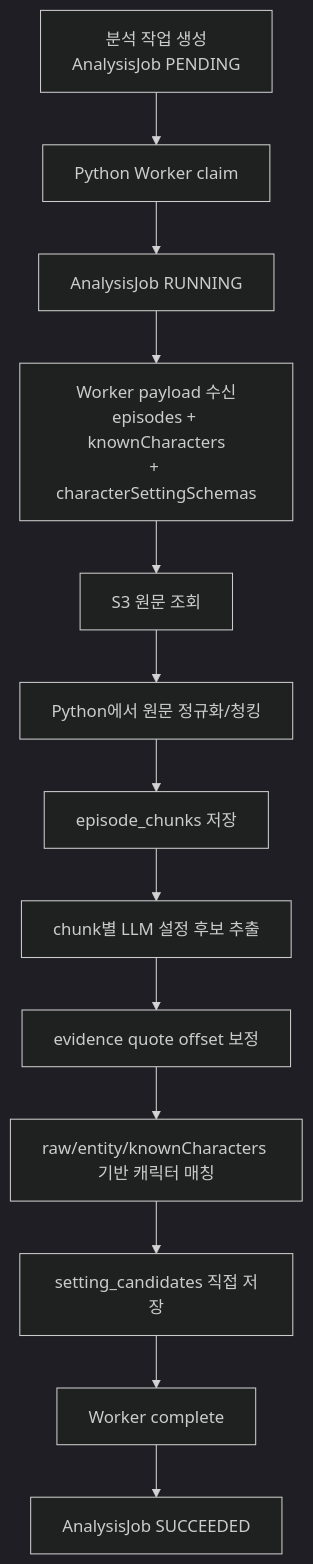
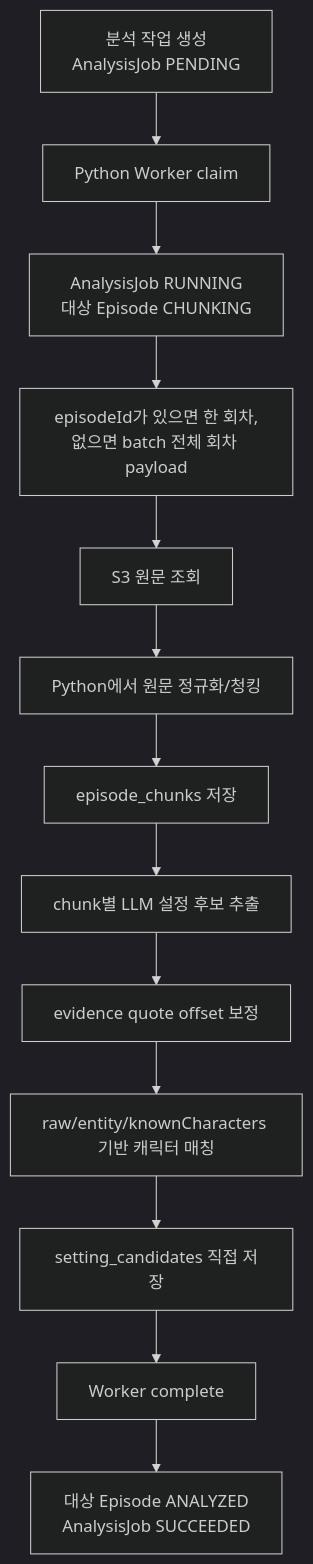
Before and after one commit to catchhole-soma/catchhole-backend-java: the second of 10 diagrams in docs/analysis-workflow.md, drawn with Mermaid (dark theme). The commit also changed other lines of this file and 9 other files, not shown here.

````diff
--- a/docs/analysis-workflow.md
+++ b/docs/analysis-workflow.md
@@ -27,15 +32,15 @@
 ```mermaid
 flowchart TD
     A["분석 작업 생성<br/>AnalysisJob PENDING"] --> B["Python Worker claim"]
-    B --> C["AnalysisJob RUNNING"]
-    C --> D["Worker payload 수신<br/>episodes + knownCharacters<br/>+ characterSettingSchemas"]
+    B --> C["AnalysisJob RUNNING<br/>대상 Episode CHUNKING"]
+    C --> D["episodeId가 있으면 한 회차,<br/>없으면 batch 전체 회차 payload"]
     D --> E["S3 원문 조회"]
     E --> F["Python에서 원문 정규화/청킹"]
     F --> G["episode_chunks 저장"]
     G --> H["chunk별 LLM 설정 후보 추출"]
     H --> I["evidence quote offset 보정"]
     I --> J["raw/entity/knownCharacters 기반 캐릭터 매칭"]
     J --> K["setting_candidates 직접 저장"]
     K --> L["Worker complete"]
-    L --> M["AnalysisJob SUCCEEDED"]
+    L --> M["대상 Episode ANALYZED<br/>AnalysisJob SUCCEEDED"]
 ```
````
